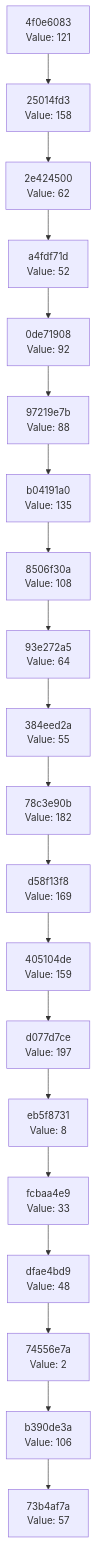
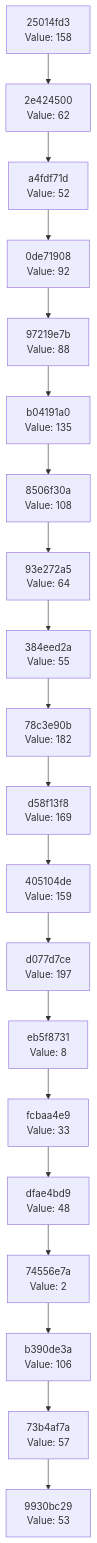
The diagram in docs/CHAIN_VISUALIZATION.md (Abhisheksinha1506/hash-chain-evolver), drawn with Mermaid before and after one commit. The commit also changed 2 other files, not shown here.

Commit message:
Evolution Step

````diff
--- a/docs/CHAIN_VISUALIZATION.md
+++ b/docs/CHAIN_VISUALIZATION.md
@@ -3,42 +3,42 @@
 ```mermaid
 graph TD
-    C0["73b4af7a<br/>Value: 57"]
-    C1["b390de3a<br/>Value: 106"]
+    C0["9930bc29<br/>Value: 53"]
+    C1["73b4af7a<br/>Value: 57"]
     C1 --> C0
-    C2["74556e7a<br/>Value: 2"]
+    C2["b390de3a<br/>Value: 106"]
     C2 --> C1
-    C3["dfae4bd9<br/>Value: 48"]
+    C3["74556e7a<br/>Value: 2"]
     C3 --> C2
-    C4["fcbaa4e9<br/>Value: 33"]
+    C4["dfae4bd9<br/>Value: 48"]
     C4 --> C3
-    C5["eb5f8731<br/>Value: 8"]
+    C5["fcbaa4e9<br/>Value: 33"]
     C5 --> C4
-    C6["d077d7ce<br/>Value: 197"]
+    C6["eb5f8731<br/>Value: 8"]
     C6 --> C5
-    C7["405104de<br/>Value: 159"]
+    C7["d077d7ce<br/>Value: 197"]
     C7 --> C6
-    C8["d58f13f8<br/>Value: 169"]
+    C8["405104de<br/>Value: 159"]
     C8 --> C7
-    C9["78c3e90b<br/>Value: 182"]
+    C9["d58f13f8<br/>Value: 169"]
     C9 --> C8
-    C10["384eed2a<br/>Value: 55"]
+    C10["78c3e90b<br/>Value: 182"]
     C10 --> C9
-    C11["93e272a5<br/>Value: 64"]
+    C11["384eed2a<br/>Value: 55"]
     C11 --> C10
-    C12["8506f30a<br/>Value: 108"]
+    C12["93e272a5<br/>Value: 64"]
     C12 --> C11
-    C13["b04191a0<br/>Value: 135"]
+    C13["8506f30a<br/>Value: 108"]
     C13 --> C12
-    C14["97219e7b<br/>Value: 88"]
+    C14["b04191a0<br/>Value: 135"]
     C14 --> C13
-    C15["0de71908<br/>Value: 92"]
+    C15["97219e7b<br/>Value: 88"]
     C15 --> C14
-    C16["a4fdf71d<br/>Value: 52"]
+    C16["0de71908<br/>Value: 92"]
     C16 --> C15
-    C17["2e424500<br/>Value: 62"]
+    C17["a4fdf71d<br/>Value: 52"]
     C17 --> C16
-    C18["25014fd3<br/>Value: 158"]
+    C18["2e424500<br/>Value: 62"]
     C18 --> C17
-    C19["4f0e6083<br/>Value: 121"]
+    C19["25014fd3<br/>Value: 158"]
     C19 --> C18
 ```
````
